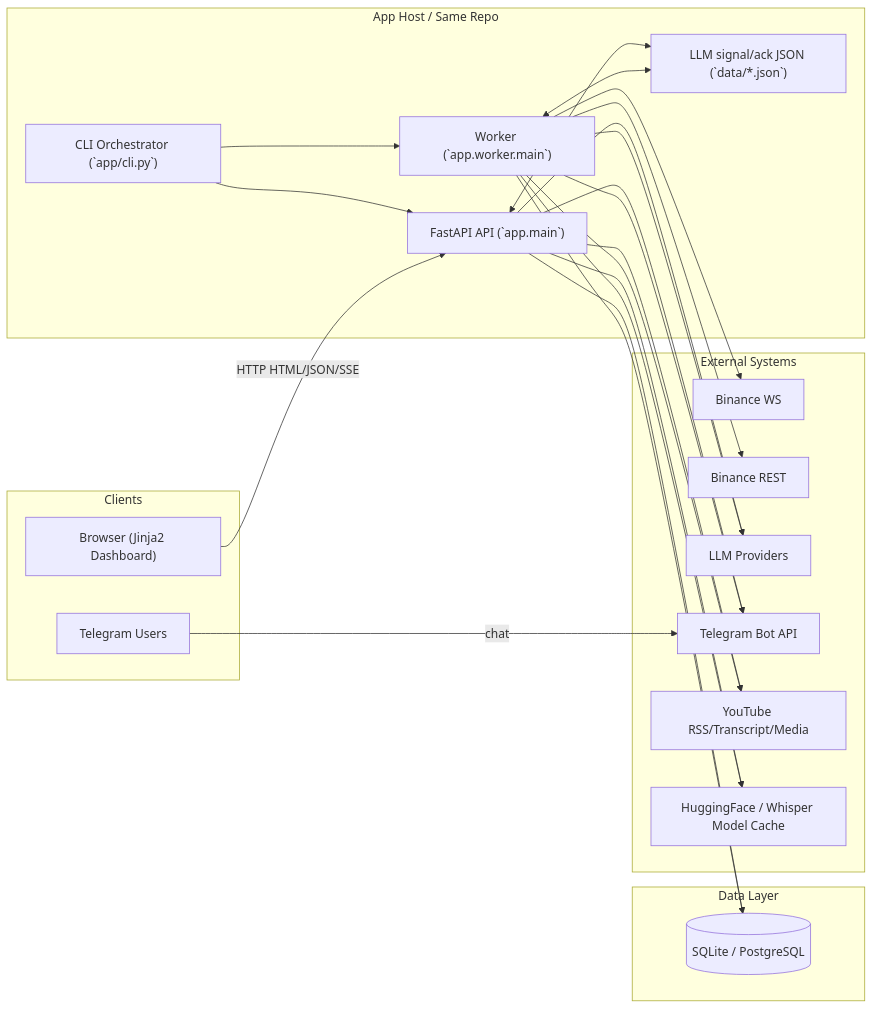
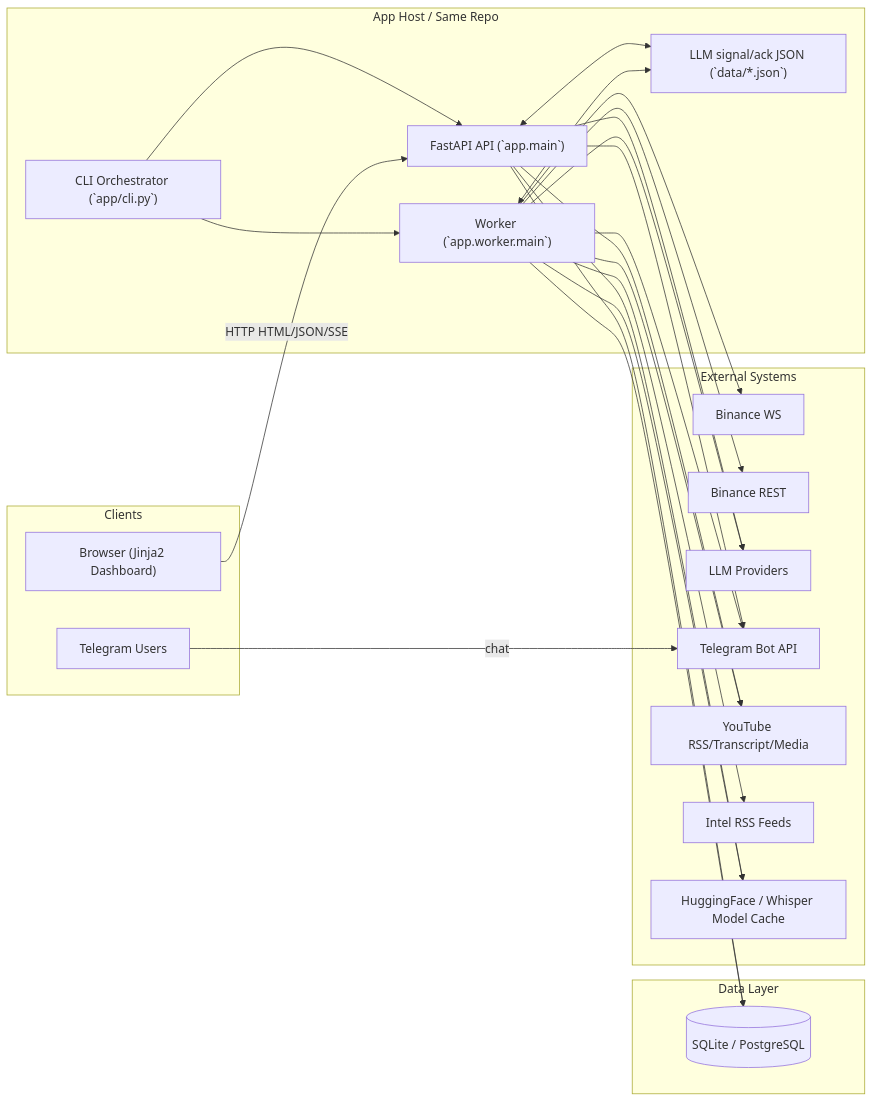
Before and after one commit to h14774819836-maker/crypto-sentinel: the first of 13 diagrams in docs/architecture_report.md, drawn with Mermaid. The commit also changed other lines of this file and 36 other files, not shown here.

````diff
--- a/docs/architecture_report.md
+++ b/docs/architecture_report.md
@@ -91,49 +131,51 @@
 ```mermaid
 flowchart LR
     subgraph Client["Clients"]
         Browser["Browser (Jinja2 Dashboard)"]
         TGUser["Telegram Users"]
     end
 
     subgraph Host["App Host / Same Repo"]
         CLI["CLI Orchestrator (`app/cli.py`)"]
         API["FastAPI API (`app.main`)"]
         Worker["Worker (`app.worker.main`)"]
         Signal["LLM signal/ack JSON (`data/*.json`)"]
     end
 
     subgraph Data["Data Layer"]
         DB[("SQLite / PostgreSQL")]
     end
 
     subgraph Ext["External Systems"]
         BWS["Binance WS"]
         BREST["Binance REST"]
         LLM["LLM Providers"]
         TGAPI["Telegram Bot API"]
         YT["YouTube RSS/Transcript/Media"]
+        RSS["Intel RSS Feeds"]
         HF["HuggingFace / Whisper Model Cache"]
     end
 
     CLI --> API
     CLI --> Worker
 
     Browser -->|HTTP HTML/JSON/SSE| API
     TGUser -->|chat| TGAPI
 
     API --> DB
     Worker --> DB
     API <--> Signal
     Worker <--> Signal
 
     Worker --> BWS
     Worker --> BREST
     API --> LLM
     Worker --> LLM
     API --> TGAPI
     Worker --> TGAPI
     API --> YT
     Worker --> YT
+    Worker --> RSS
     API --> HF
     Worker --> HF
 ```
````
